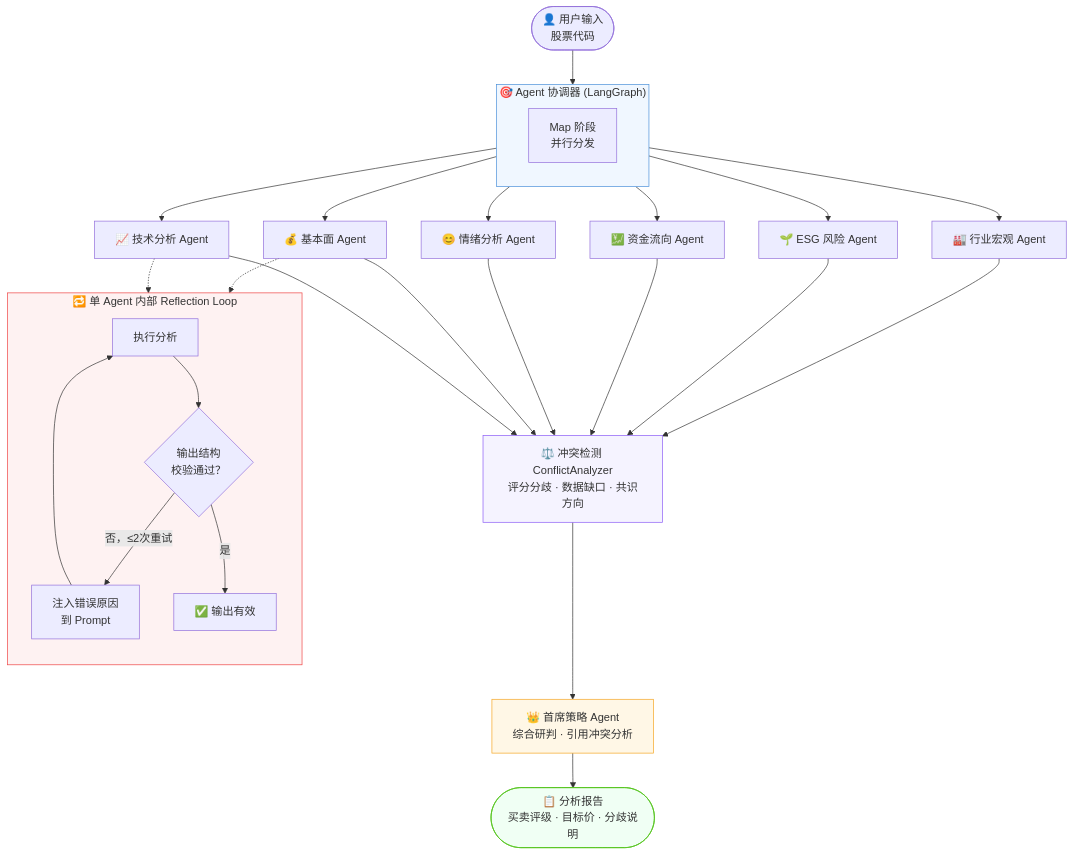
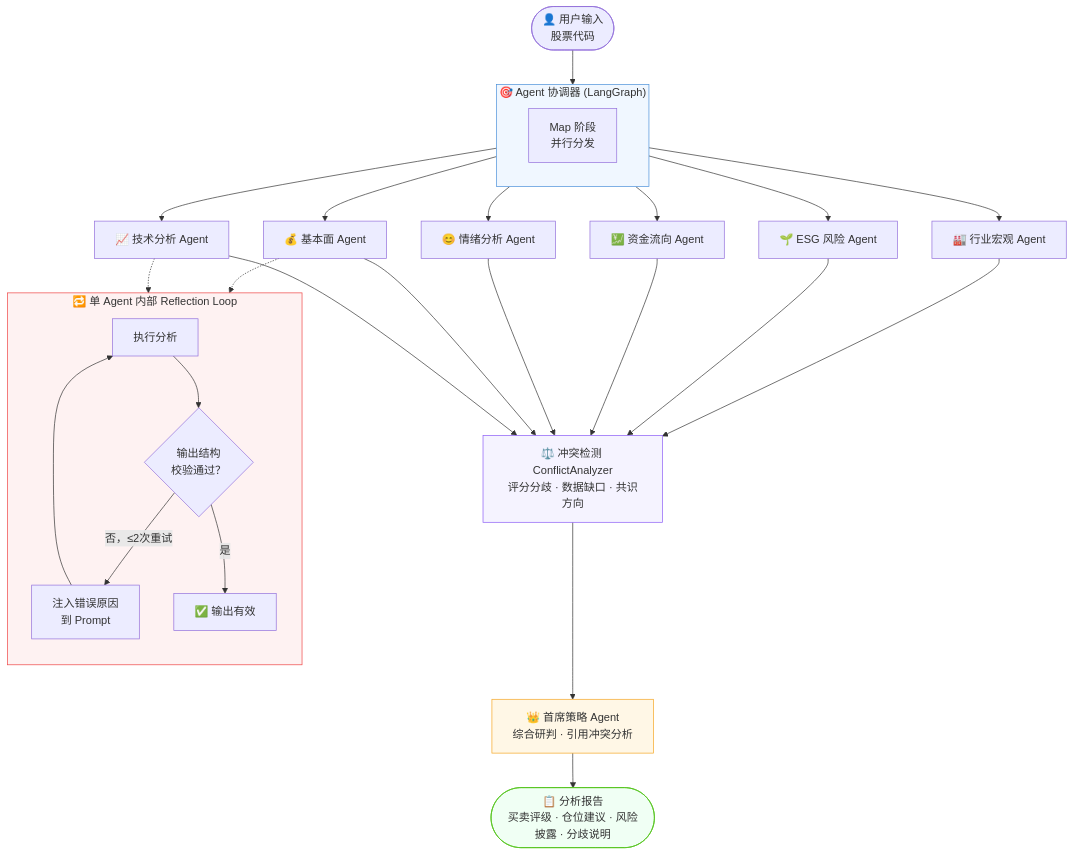
One commit to erli523/stock-analysis-agent changed the first of 4 diagrams in README.md. Above: the diagram before and after it, drawn with Mermaid. The commit also changed other lines of this file, not shown here.

````diff
--- a/README.md
+++ b/README.md
@@ -41,38 +43,38 @@
 ```mermaid
 flowchart TD
     User(["👤 用户输入\n股票代码"]) --> Coord
 
     subgraph Coord["🎯 Agent 协调器 (LangGraph)"]
         direction LR
         Map["Map 阶段\n并行分发"]
     end
 
     Coord --> T["📈 技术分析 Agent"]
     Coord --> F["💰 基本面 Agent"]
     Coord --> S["😊 情绪分析 Agent"]
     Coord --> FF["💹 资金流向 Agent"]
     Coord --> E["🌱 ESG 风险 Agent"]
     Coord --> I["🏭 行业宏观 Agent"]
 
     subgraph Reflect["🔁 单 Agent 内部 Reflection Loop"]
         direction TB
         Exec["执行分析"] --> Validate{"输出结构\n校验通过？"}
         Validate -->|否，≤2次重试| Hint["注入错误原因\n到 Prompt"] --> Exec
         Validate -->|是| Done["✅ 输出有效"]
     end
 
     T -.-> Reflect
     F -.-> Reflect
 
     T & F & S & FF & E & I --> Conflict["⚖️ 冲突检测 ConflictAnalyzer\n评分分歧 · 数据缺口 · 共识方向"]
 
     Conflict --> Chief["👑 首席策略 Agent\n综合研判 · 引用冲突分析"]
 
-    Chief --> Report(["📋 分析报告\n买卖评级 · 目标价 · 分歧说明"])
+    Chief --> Report(["📋 分析报告\n买卖评级 · 仓位建议 · 风险披露 · 分歧说明"])
 
     style Coord fill:#f0f7ff,stroke:#4a90d9
     style Reflect fill:#fef2f2,stroke:#ef4444
     style Conflict fill:#f5f3ff,stroke:#8b5cf6
     style Chief fill:#fff7e6,stroke:#f5a623
     style Report fill:#f0fff4,stroke:#52c41a
 ```
````
